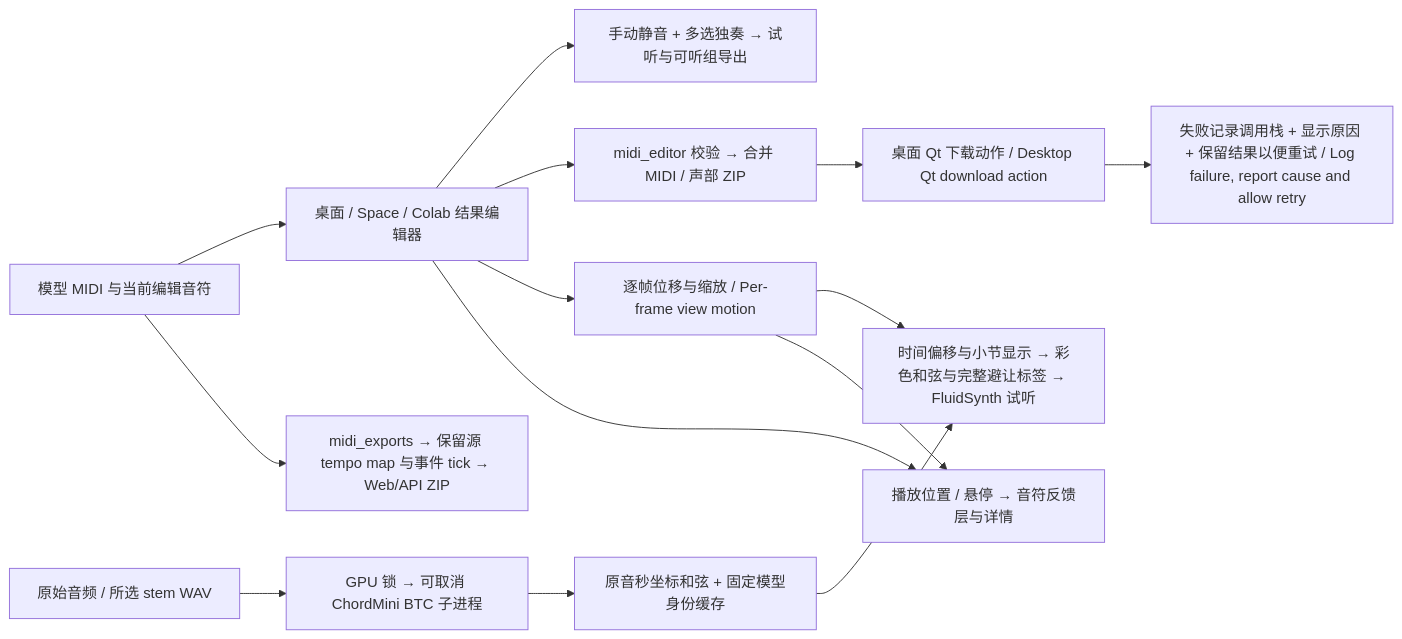
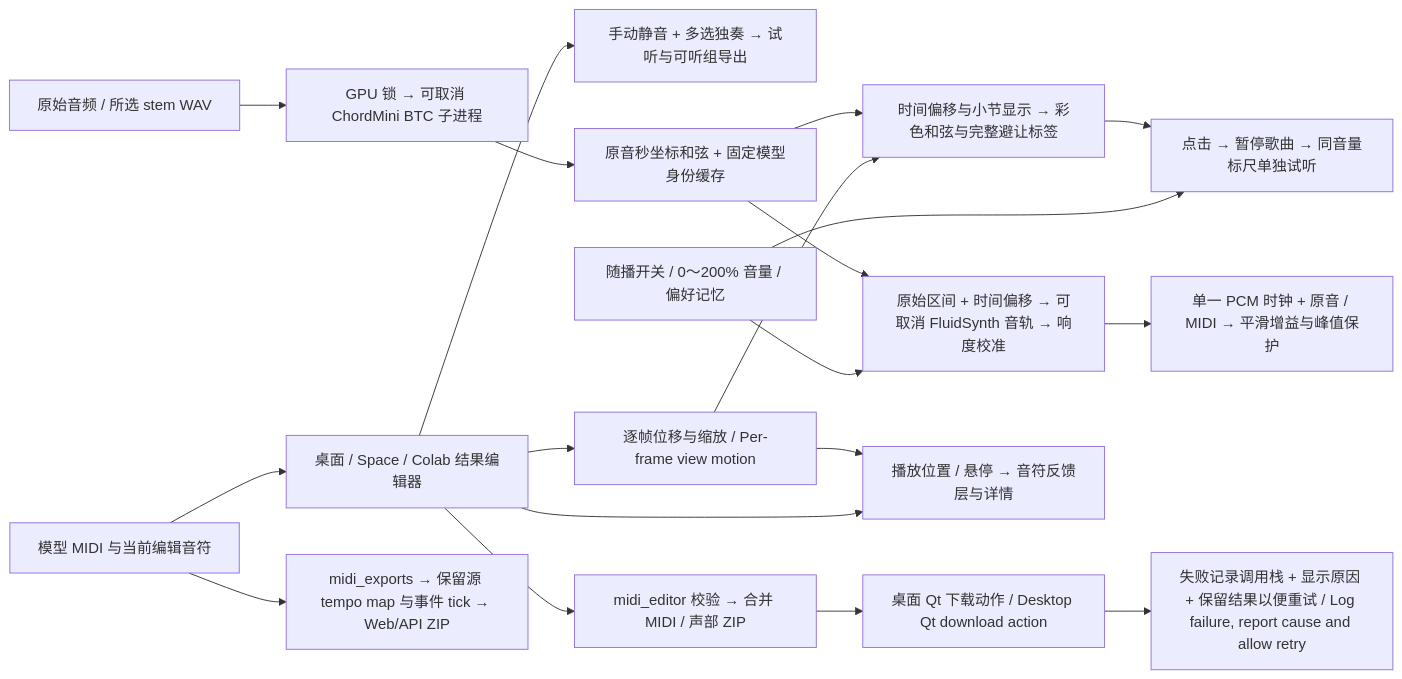
One commit to mason369/music-to-midi changed the diagram in docs/soundfont-and-sheet-music.md. Above: the diagram before and after it, drawn with Mermaid. The commit also changed other lines of this file and 13 other files, not shown here.

````diff
--- a/docs/soundfont-and-sheet-music.md
+++ b/docs/soundfont-and-sheet-music.md
@@ -22,16 +25,21 @@
 ```mermaid
 flowchart LR
     MIDI[模型 MIDI 与当前编辑音符] --> Editor[桌面 / Space / Colab 结果编辑器]
     Editor --> Mix[手动静音 + 多选独奏 → 试听与可听组导出]
     Editor --> Export[midi_editor 校验 → 合并 MIDI / 声部 ZIP]
     Export --> Download[桌面 Qt 下载动作 / Desktop Qt download action]
     Download --> Failure[失败记录调用栈 + 显示原因 + 保留结果以便重试 / Log failure, report cause and allow retry]
     Audio[原始音频 / 所选 stem WAV] --> Worker[GPU 锁 → 可取消 ChordMini BTC 子进程]
     Worker --> Native[原音秒坐标和弦 + 固定模型身份缓存]
-    Native --> Chords[时间偏移与小节显示 → 彩色和弦与完整避让标签 → FluidSynth 试听]
+    Native --> Chords[时间偏移与小节显示 → 彩色和弦与完整避让标签]
+    Native --> Monitor[原始区间 + 时间偏移 → 可取消 FluidSynth 音轨 → 响度校准]
+    Controls[随播开关 / 0～200% 音量 / 偏好记忆] --> Monitor
+    Monitor --> Clock[单一 PCM 时钟 + 原音 / MIDI → 平滑增益与峰值保护]
+    Chords --> Audition[点击 → 暂停歌曲 → 同音量标尺单独试听]
+    Controls --> Audition
     Editor --> View[逐帧位移与缩放 / Per-frame view motion]
     View --> Chords
     View --> Feedback[播放位置 / 悬停 → 音符反馈层与详情]
     Editor --> Feedback
     MIDI --> API[midi_exports → 保留源 tempo map 与事件 tick → Web/API ZIP]
 ```
````
